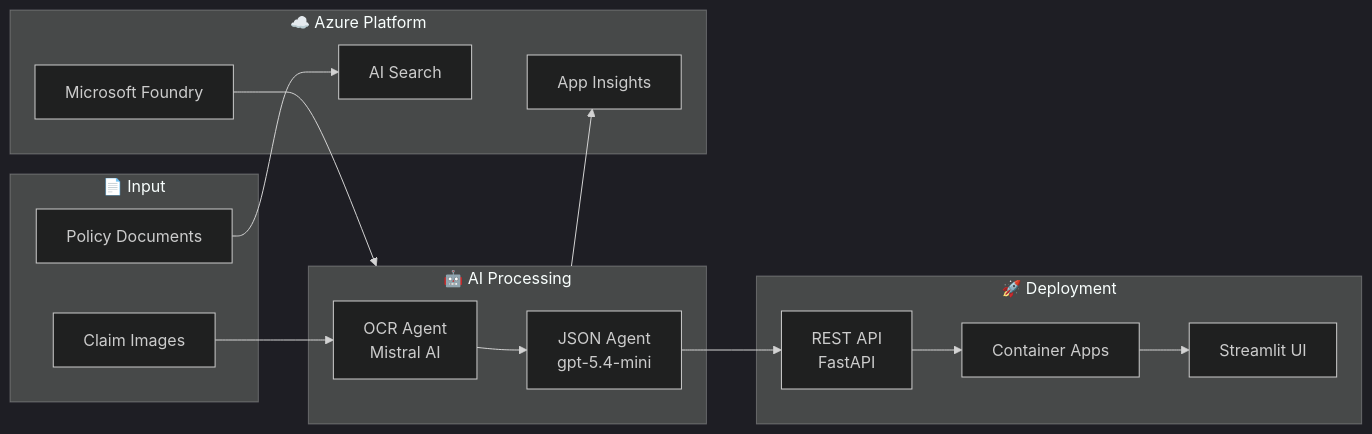
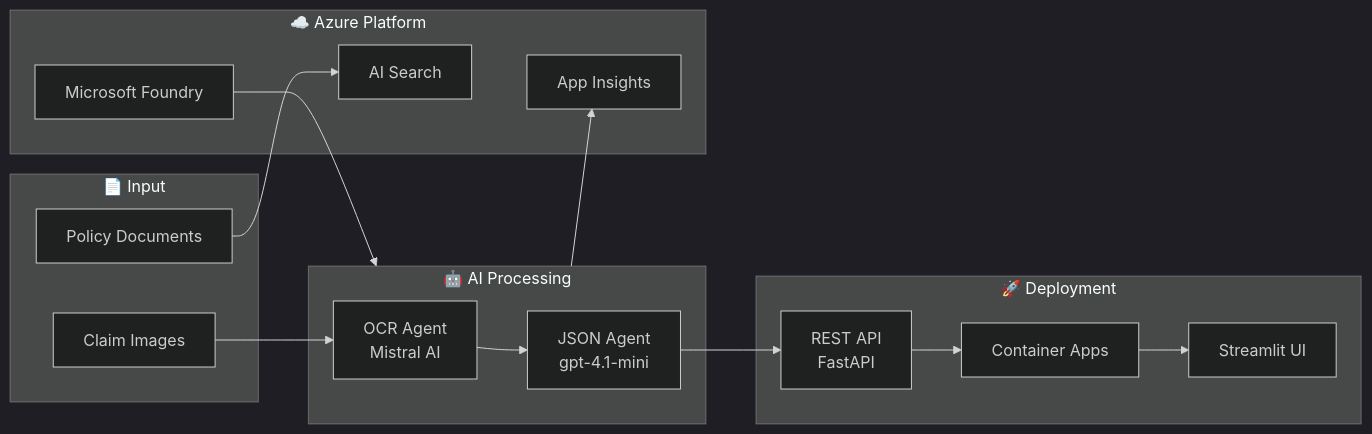
Before and after one commit to Azure-Samples/claims-processing-hack: the diagram in README.md, drawn with Mermaid (dark theme). The commit also changed other lines of this file and 13 other files, not shown here.

Commit message:
gpt-4.1-mini

````diff
--- a/README.md
+++ b/README.md
@@ -13,33 +13,33 @@
 ```mermaid
 flowchart LR
     subgraph Input["📄 Input"]
         IMG[Claim Images]
         DOCS[Policy Documents]
     end
 
     subgraph Processing["🤖 AI Processing"]
         OCR[OCR Agent<br/>Mistral AI]
-        JSON[JSON Agent<br/>gpt-5.4-mini]
+        JSON[JSON Agent<br/>gpt-4.1-mini]
         OCR --> JSON
     end
 
     subgraph Platform["☁️ Azure Platform"]
         FOUNDRY[Microsoft Foundry]
         SEARCH[AI Search]
         INSIGHTS[App Insights]
     end
 
     subgraph Deployment["🚀 Deployment"]
         API[REST API<br/>FastAPI]
         ACA[Container Apps]
         UI[Streamlit UI]
     end
 
     IMG --> OCR
     DOCS --> SEARCH
     FOUNDRY --> Processing
     JSON --> API
     API --> ACA
     ACA --> UI
     Processing --> INSIGHTS
 ```
````
